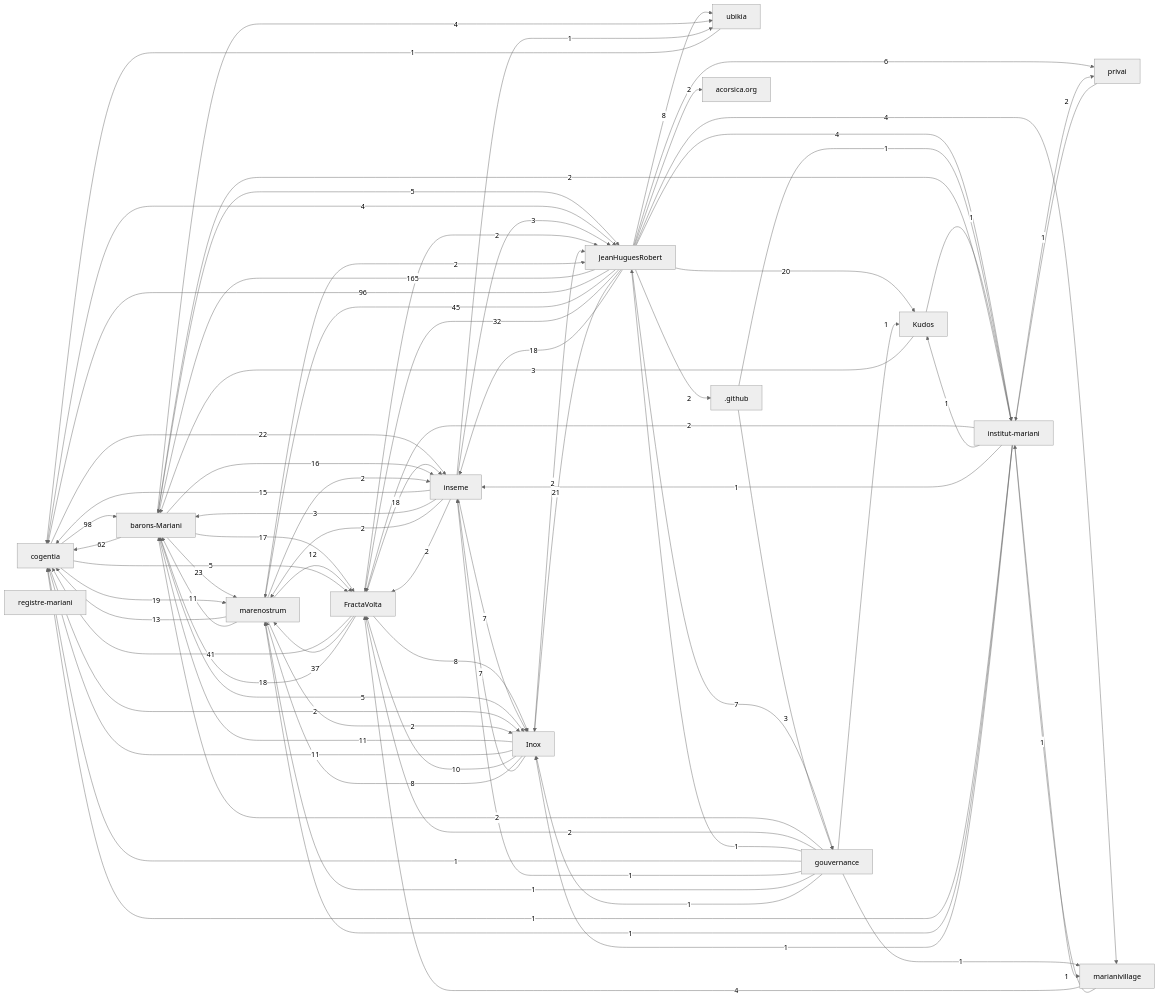
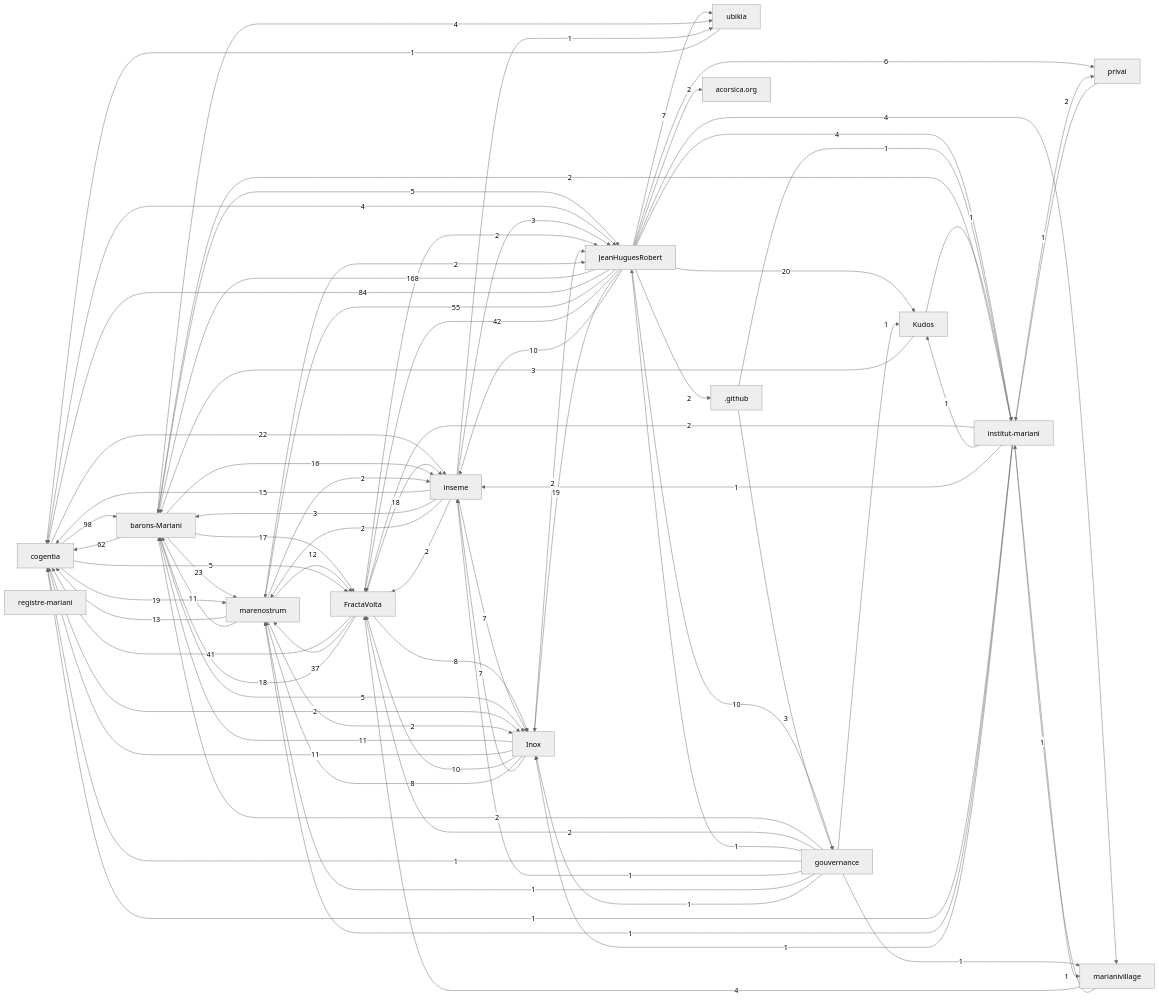
Before and after one commit to JeanHuguesRobert/FractaVolta: the first of 2 diagrams in research/corpus-status.md, drawn with Mermaid (neutral theme).

Commit message:
Refresh generated corpus views

```diff
--- a/research/corpus-status.md
+++ b/research/corpus-status.md
@@ -67,22 +67,21 @@
   r_kudos["Kudos"]
   r_github[".github"]
   r_acorsica_org["acorsica.org"]
-  r_jeanhuguesrobert -->|165| r_barons_mariani
+  r_jeanhuguesrobert -->|168| r_barons_mariani
   r_cogentia -->|98| r_barons_mariani
-  r_jeanhuguesrobert -->|96| r_cogentia
+  r_jeanhuguesrobert -->|84| r_cogentia
   r_barons_mariani -->|62| r_cogentia
-  r_jeanhuguesrobert -->|45| r_marenostrum
+  r_jeanhuguesrobert -->|55| r_marenostrum
+  r_jeanhuguesrobert -->|42| r_fractavolta
   r_fractavolta -->|41| r_cogentia
   r_fractavolta -->|37| r_marenostrum
-  r_jeanhuguesrobert -->|32| r_fractavolta
   r_barons_mariani -->|23| r_marenostrum
   r_cogentia -->|22| r_inseme
-  r_jeanhuguesrobert -->|21| r_inox
   r_jeanhuguesrobert -->|20| r_kudos
   r_cogentia -->|19| r_marenostrum
+  r_jeanhuguesrobert -->|19| r_inox
   r_fractavolta -->|18| r_inseme
   r_fractavolta -->|18| r_barons_mariani
-  r_jeanhuguesrobert -->|18| r_inseme
   r_barons_mariani -->|17| r_fractavolta
   r_barons_mariani -->|16| r_inseme
   r_inseme -->|15| r_cogentia
@@ -92,12 +91,13 @@
   r_inox -->|11| r_cogentia
   r_marenostrum -->|11| r_barons_mariani
   r_inox -->|10| r_fractavolta
+  r_jeanhuguesrobert -->|10| r_inseme
+  r_jeanhuguesrobert -->|10| r_gouvernance
   r_fractavolta -->|8| r_inox
   r_inox -->|8| r_marenostrum
-  r_jeanhuguesrobert -->|8| r_ubikia
   r_inox -->|7| r_inseme
   r_inseme -->|7| r_inox
-  r_jeanhuguesrobert -->|7| r_gouvernance
+  r_jeanhuguesrobert -->|7| r_ubikia
   r_jeanhuguesrobert -->|6| r_privai
   r_barons_mariani -->|5| r_inox
   r_barons_mariani -->|5| r_jeanhuguesrobert
```
